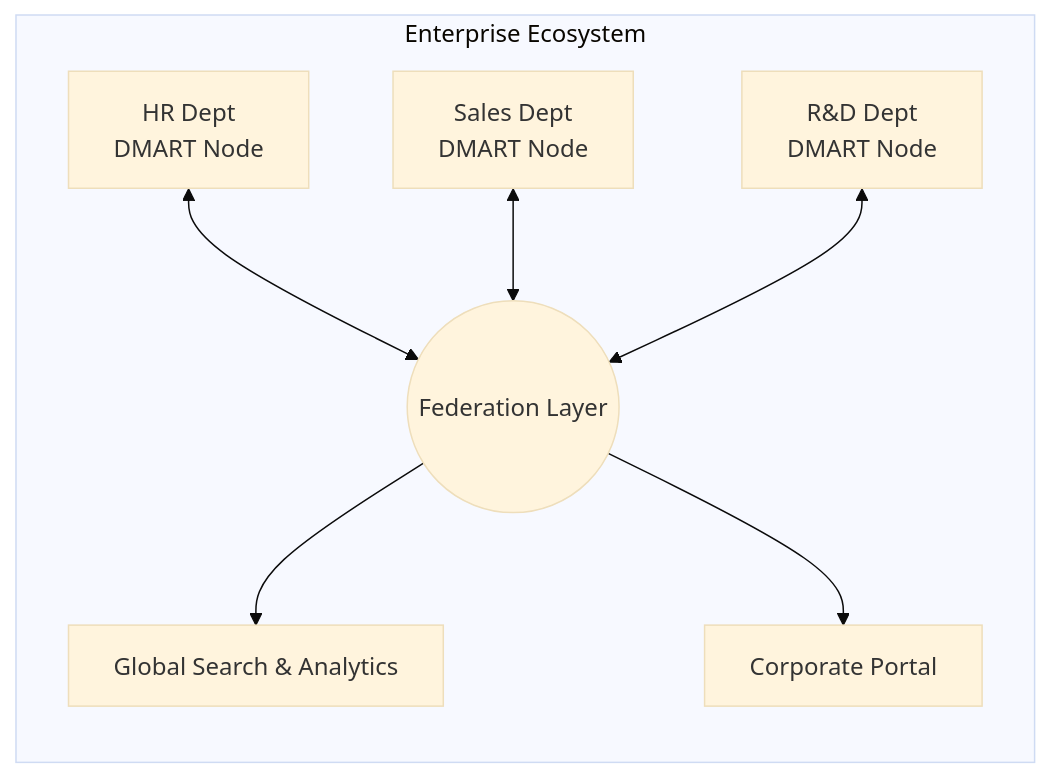
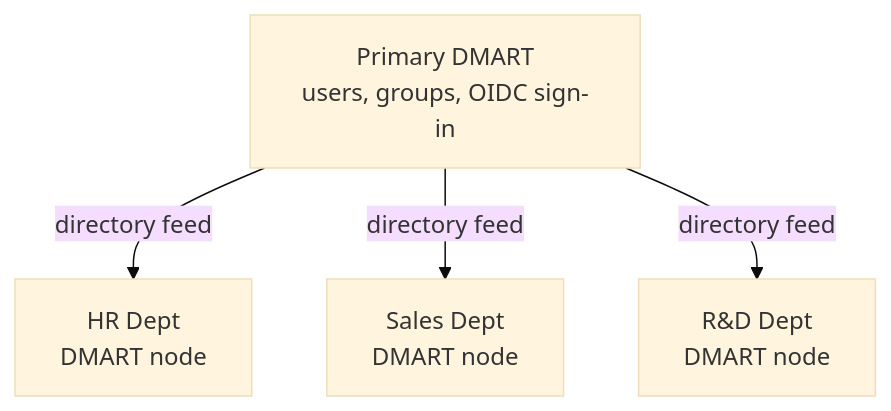
The second of 2 diagrams in pack/space/pages/why.md (edraj/website), drawn with Mermaid (base theme) before and after one commit. The commit also changed other lines of this file and 13 other files, not shown here.

````diff
--- a/pack/space/pages/why.md
+++ b/pack/space/pages/why.md
@@ -74,12 +74,7 @@
 ```mermaid
-graph LR
-    subgraph Enterprise_Ecosystem["Enterprise Ecosystem"]
-        direction TB
-        HR["HR Dept<br/>DMART Node"] <--> Fed(("Federation Layer"))
-        Sales["Sales Dept<br/>DMART Node"] <--> Fed
-        R_D["R&D Dept<br/>DMART Node"] <--> Fed
-
-        Fed --> GlobalSearch["Global Search & Analytics"]
-        Fed --> CorpPortal["Corporate Portal"]
-    end
+graph TD
+    Dir["Primary DMART<br/>users, groups, OIDC sign-in"]
+    Dir -->|"directory feed"| HR["HR Dept<br/>DMART node"]
+    Dir -->|"directory feed"| Sales["Sales Dept<br/>DMART node"]
+    Dir -->|"directory feed"| R_D["R&D Dept<br/>DMART node"]
 ```
````
